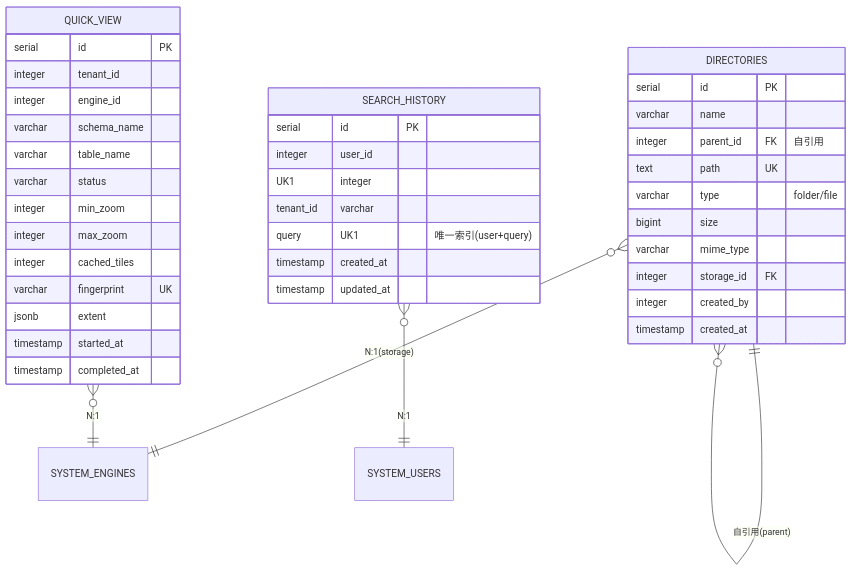
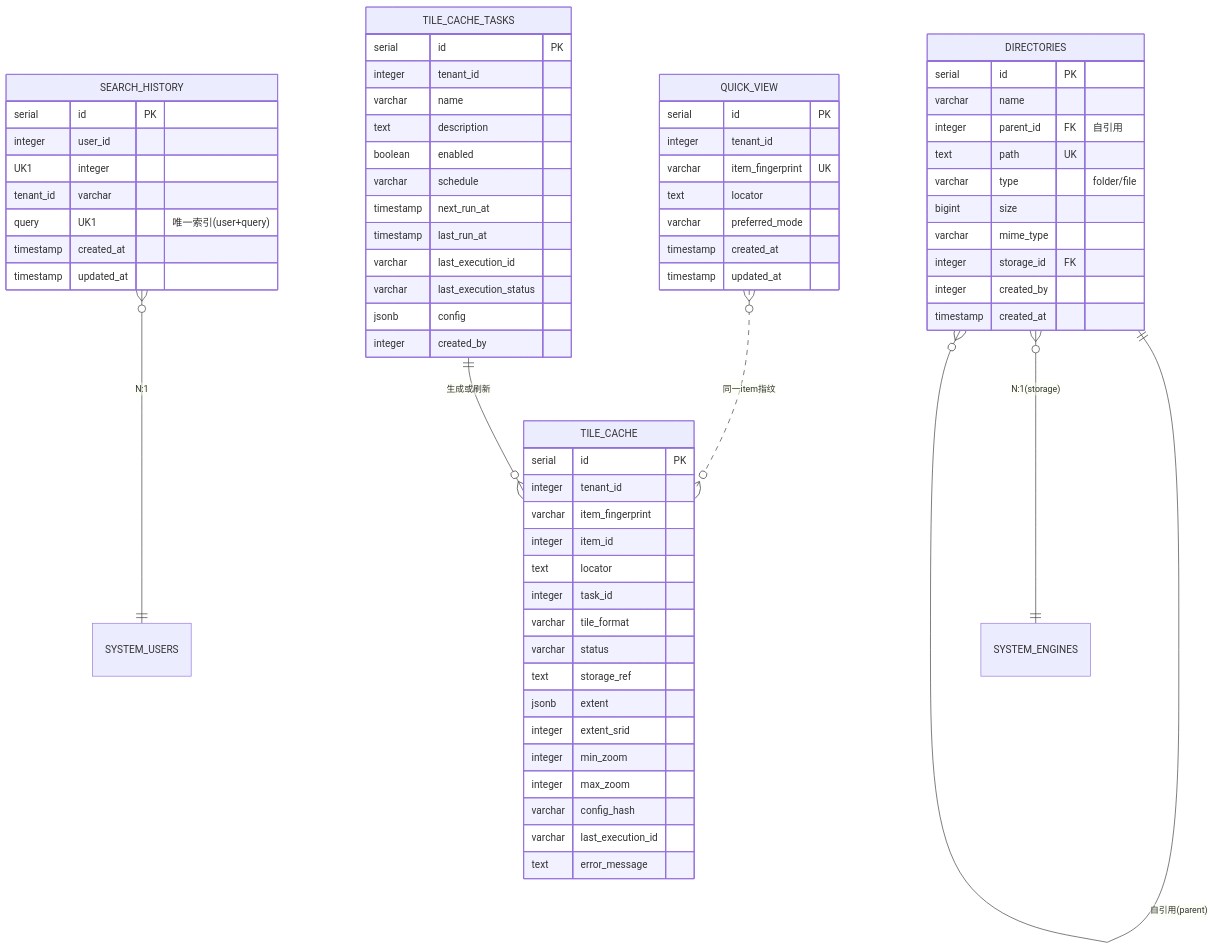
The diagram in manager/docs/数据库架构.md (pampa0629/addp), drawn with Mermaid before and after one commit. The commit also changed other lines of this file and 136 other files, not shown here.

````diff
--- a/manager/docs/数据库架构.md
+++ b/manager/docs/数据库架构.md
@@ -29,45 +33,74 @@
 ```mermaid
 erDiagram
     DIRECTORIES ||--o{ DIRECTORIES : "自引用(parent)"
     DIRECTORIES }o--|| SYSTEM_ENGINES : "N:1(storage)"
     SEARCH_HISTORY }o--|| SYSTEM_USERS : "N:1"
-    QUICK_VIEW }o--|| SYSTEM_ENGINES : "N:1"
+    QUICK_VIEW }o..o{ TILE_CACHE : "同一item指纹"
+    TILE_CACHE_TASKS ||--o{ TILE_CACHE : "生成或刷新"
     
     DIRECTORIES {
         serial id PK
         varchar name
         integer parent_id FK "自引用"
         text path UK
         varchar type "folder/file"
         bigint size
         varchar mime_type
         integer storage_id FK
         integer created_by
         timestamp created_at
     }
     
     SEARCH_HISTORY {
         serial id PK
         integer user_id UK1
         integer tenant_id
         varchar query UK1 "唯一索引(user+query)"
         timestamp created_at
         timestamp updated_at
     }
     
     QUICK_VIEW {
         serial id PK
         integer tenant_id
-        integer engine_id
-        varchar schema_name
-        varchar table_name
+        varchar item_fingerprint UK
+        text locator
+        varchar preferred_mode
+        timestamp created_at
+        timestamp updated_at
+    }
+
+    TILE_CACHE {
+        serial id PK
+        integer tenant_id
+        varchar item_fingerprint
+        integer item_id
+        text locator
+        integer task_id
+        varchar tile_format
         varchar status
+        text storage_ref
+        jsonb extent
+        integer extent_srid
         integer min_zoom
         integer max_zoom
-        integer cached_tiles
-        varchar fingerprint UK
-        jsonb extent
-        timestamp started_at
-        timestamp completed_at
+        varchar config_hash
+        varchar last_execution_id
+        text error_message
+    }
+
+    TILE_CACHE_TASKS {
+        serial id PK
+        integer tenant_id
+        varchar name
+        text description
+        boolean enabled
+        varchar schedule
+        timestamp next_run_at
+        timestamp last_run_at
+        varchar last_execution_id
+        varchar last_execution_status
+        jsonb config
+        integer created_by
     }
 ```
````
